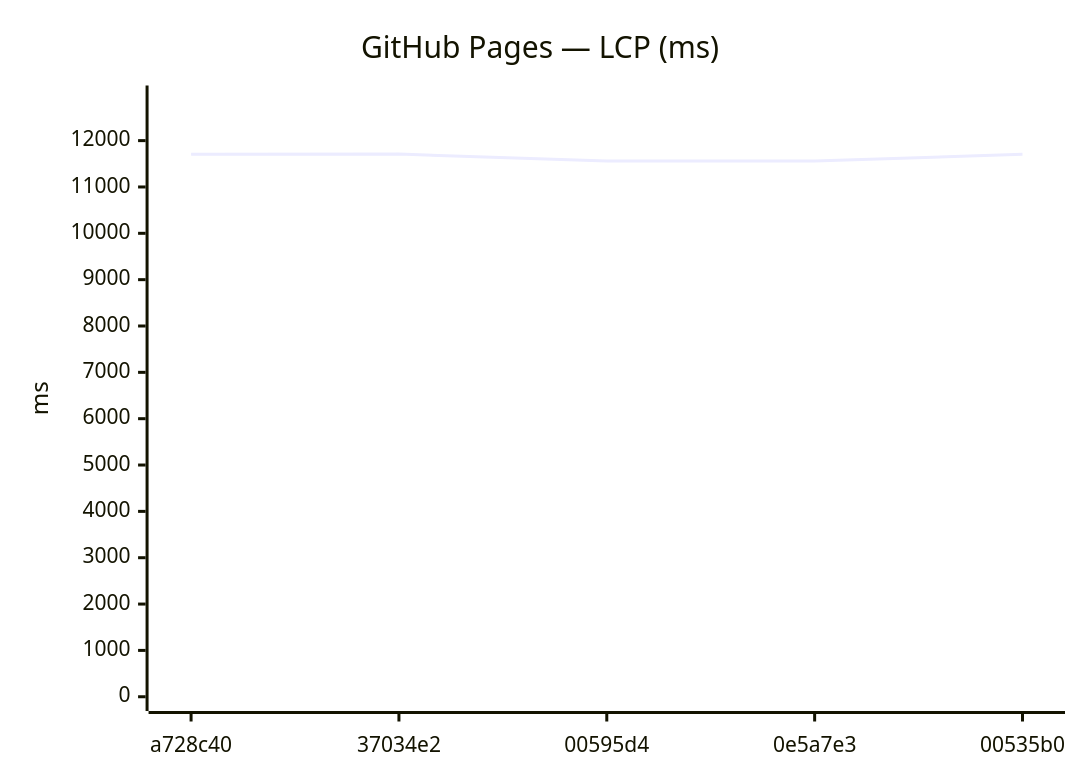
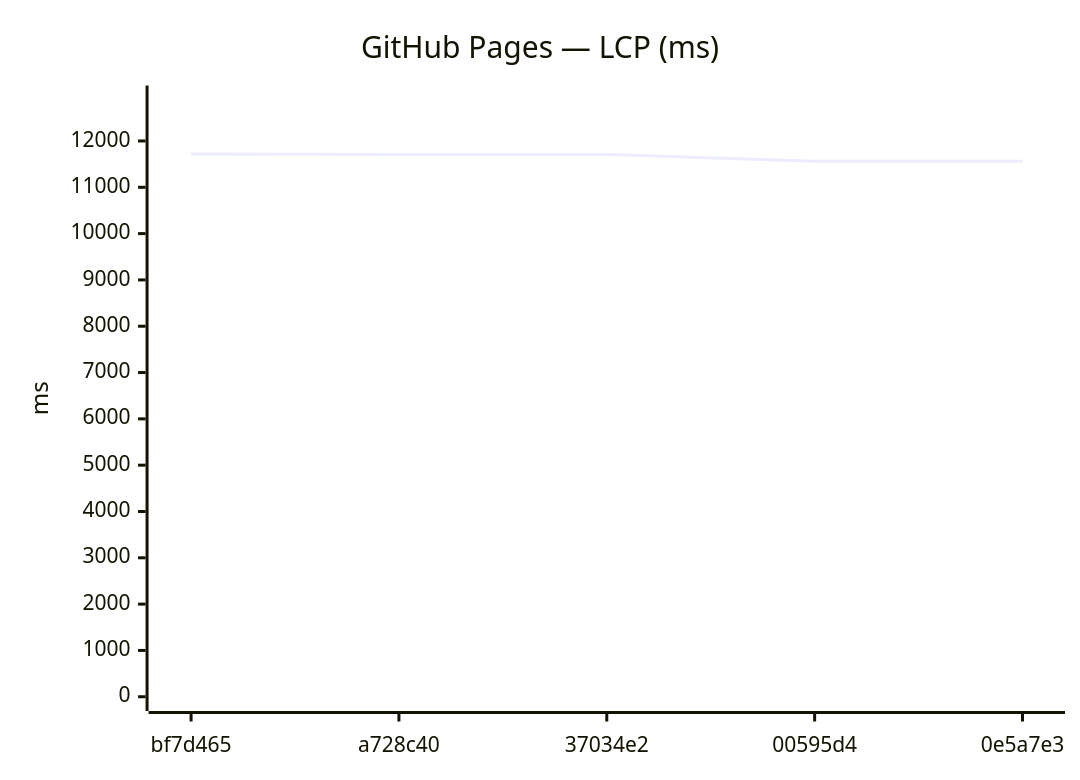
Before and after one commit to Metaheurist/Rianell: diagram 11 of 24 in benchmarks/compare.md, drawn with Mermaid. The commit also changed other lines of this file and 12 other files, not shown here.

````diff
--- a/benchmarks/compare.md
+++ b/benchmarks/compare.md
@@ -165,7 +169,7 @@
 ```mermaid
 xychart-beta
     title "GitHub Pages — LCP (ms)"
-    x-axis ["a728c40", "37034e2", "00595d4", "0e5a7e3", "00535b0"]
-    y-axis "ms" 0 --> 12882
-    line [11707, 11710, 11560, 11561, 11705]
+    x-axis ["bf7d465", "a728c40", "37034e2", "00595d4", "0e5a7e3"]
+    y-axis "ms" 0 --> 12890
+    line [11718, 11707, 11710, 11560, 11561]
 ```
````
